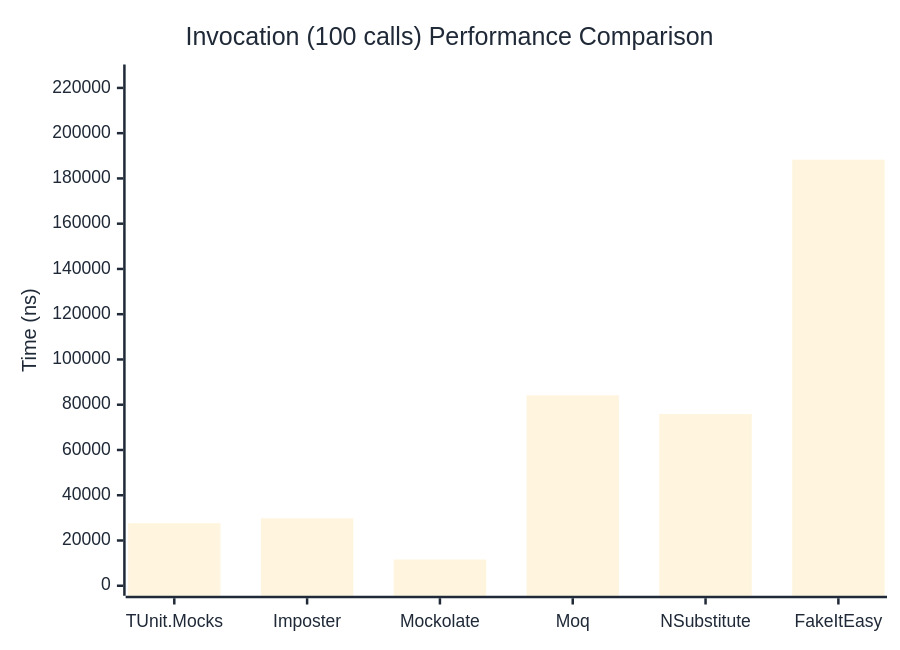
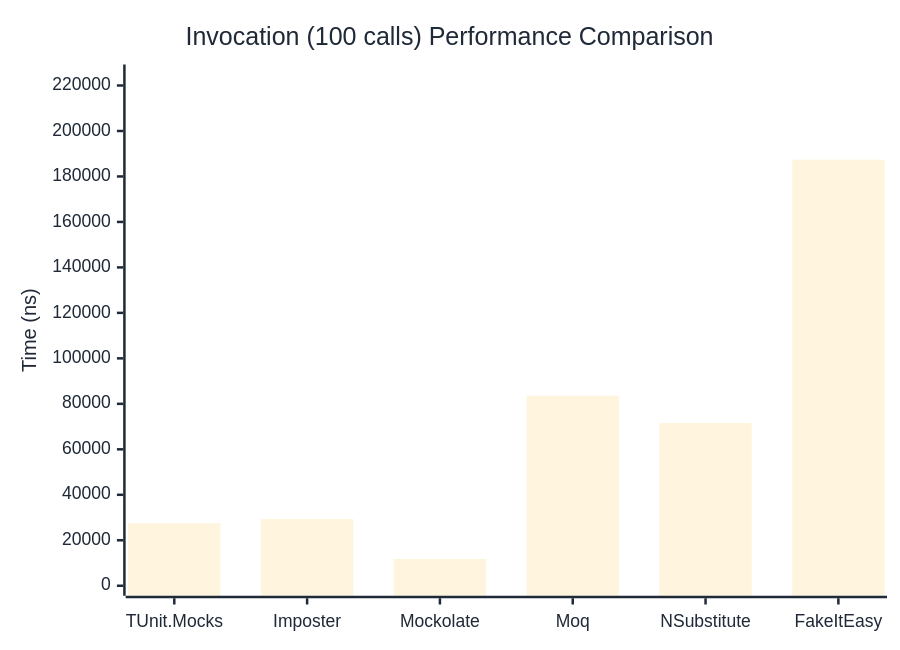
Before and after one commit to thomhurst/TUnit: the third of 3 diagrams in docs/docs/benchmarks/mocks/Invocation.md, drawn with Mermaid. The commit also changed other lines of this file and 14 other files, not shown here.

````diff
--- a/docs/docs/benchmarks/mocks/Invocation.md
+++ b/docs/docs/benchmarks/mocks/Invocation.md
@@ -112,27 +112,27 @@
 ```mermaid
 %%{init: {
   'theme':'base',
   'themeVariables': {
     'primaryColor': '#2563eb',
     'primaryTextColor': '#1f2937',
     'primaryBorderColor': '#1e40af',
     'lineColor': '#6b7280',
     'secondaryColor': '#7c3aed',
     'tertiaryColor': '#dc2626',
     'background': '#ffffff',
     'pie1': '#2563eb',
     'pie2': '#7c3aed',
     'pie3': '#dc2626',
     'pie4': '#f59e0b',
     'pie5': '#10b981',
     'pie6': '#06b6d4',
     'pie7': '#ec4899',
     'pie8': '#6366f1'
   }
 }}%%
 xychart-beta
   title "Invocation (100 calls) Performance Comparison"
   x-axis ["TUnit.Mocks", "Imposter", "Mockolate", "Moq", "NSubstitute", "FakeItEasy"]
-  y-axis "Time (ns)" 0 --> 225928
-  bar [27629.1, 29783.4, 11591.1, 84112.4, 75896, 188273.1]
+  y-axis "Time (ns)" 0 --> 224838
+  bar [27485.1, 29372.1, 11747.4, 83572.4, 71612.5, 187364.3]
 ```
````
